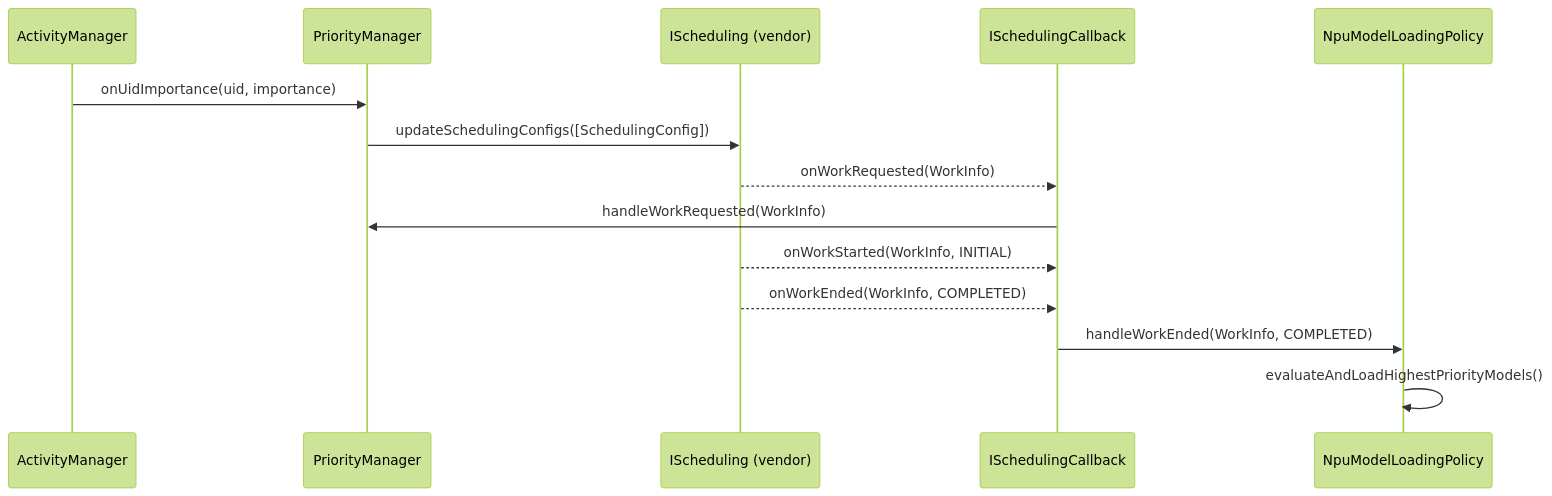
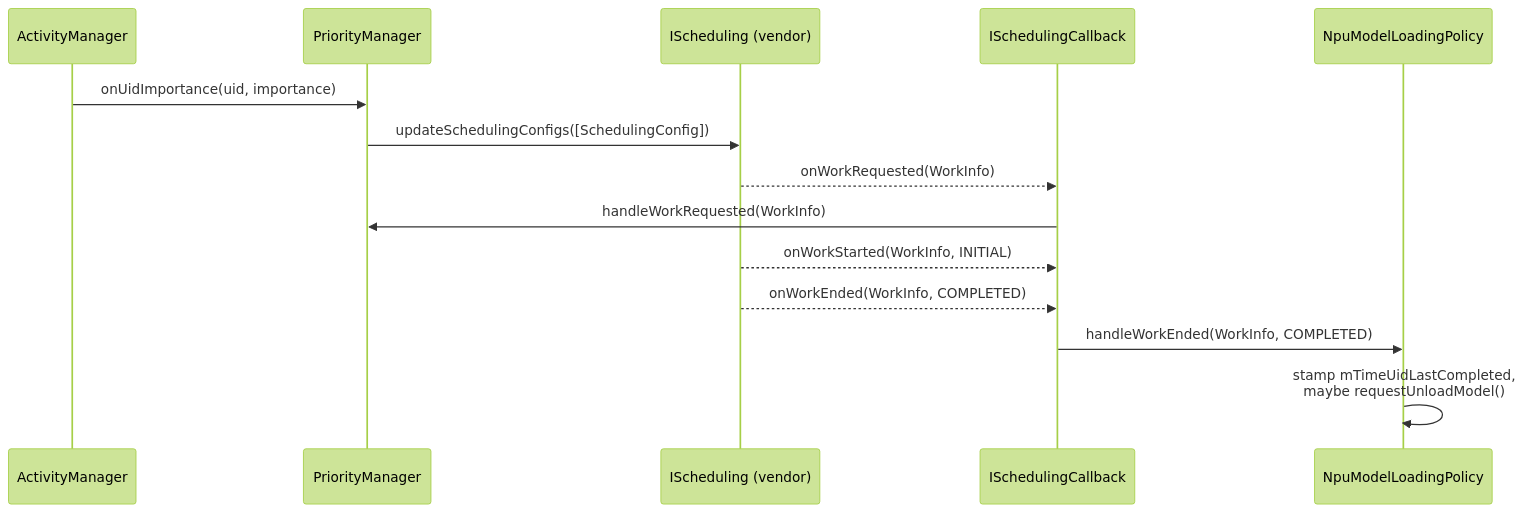
One commit to aospbooks/aosp-internal-book changed the fourth of 6 diagrams in agents/claude/skills/aosp-ai-and-devices/53-npu-manager.md. Above: the diagram before and after it, drawn with Mermaid (forest theme). The commit also changed other lines of this file and 218 other files, not shown here.

````diff
--- a/agents/claude/skills/aosp-ai-and-devices/53-npu-manager.md
+++ b/agents/claude/skills/aosp-ai-and-devices/53-npu-manager.md
@@ -392,17 +398,17 @@
 ```mermaid
 sequenceDiagram
     participant AM as ActivityManager
     participant PM as PriorityManager
     participant HAL as IScheduling (vendor)
     participant CB as ISchedulingCallback
     participant Pol as NpuModelLoadingPolicy
 
     AM->>PM: onUidImportance(uid, importance)
     PM->>HAL: updateSchedulingConfigs([SchedulingConfig])
     HAL-->>CB: onWorkRequested(WorkInfo)
     CB->>PM: handleWorkRequested(WorkInfo)
     HAL-->>CB: onWorkStarted(WorkInfo, INITIAL)
     HAL-->>CB: onWorkEnded(WorkInfo, COMPLETED)
     CB->>Pol: handleWorkEnded(WorkInfo, COMPLETED)
-    Pol->>Pol: evaluateAndLoadHighestPriorityModels()
+    Pol->>Pol: stamp mTimeUidLastCompleted,<br/>maybe requestUnloadModel()
 ```
````
